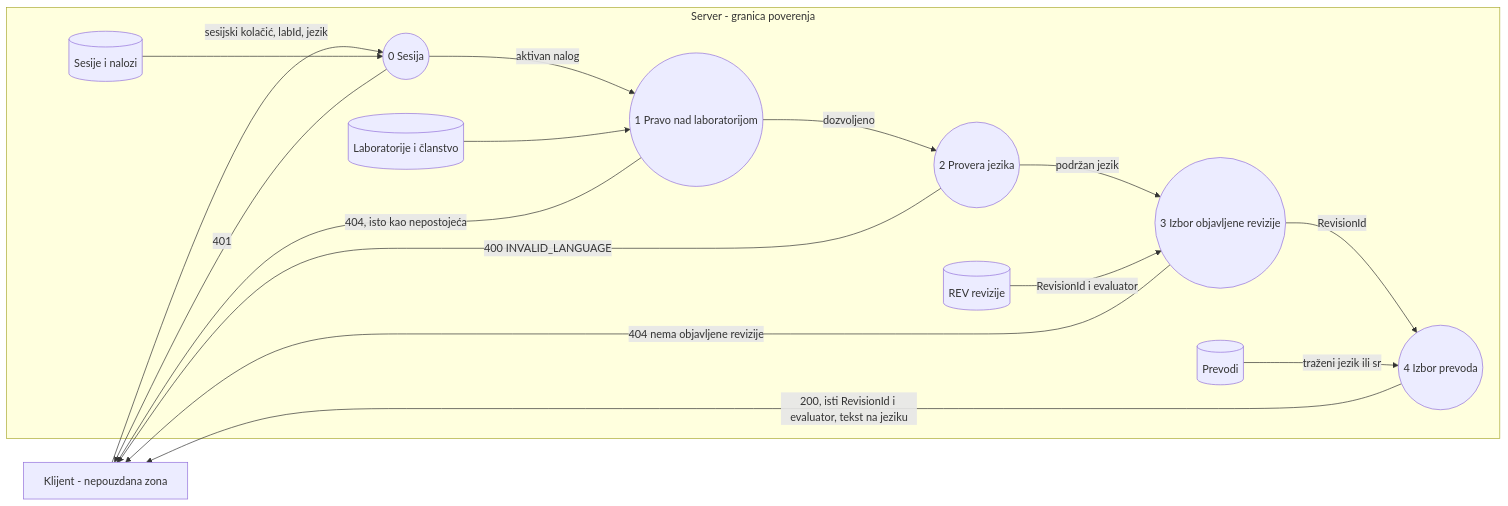
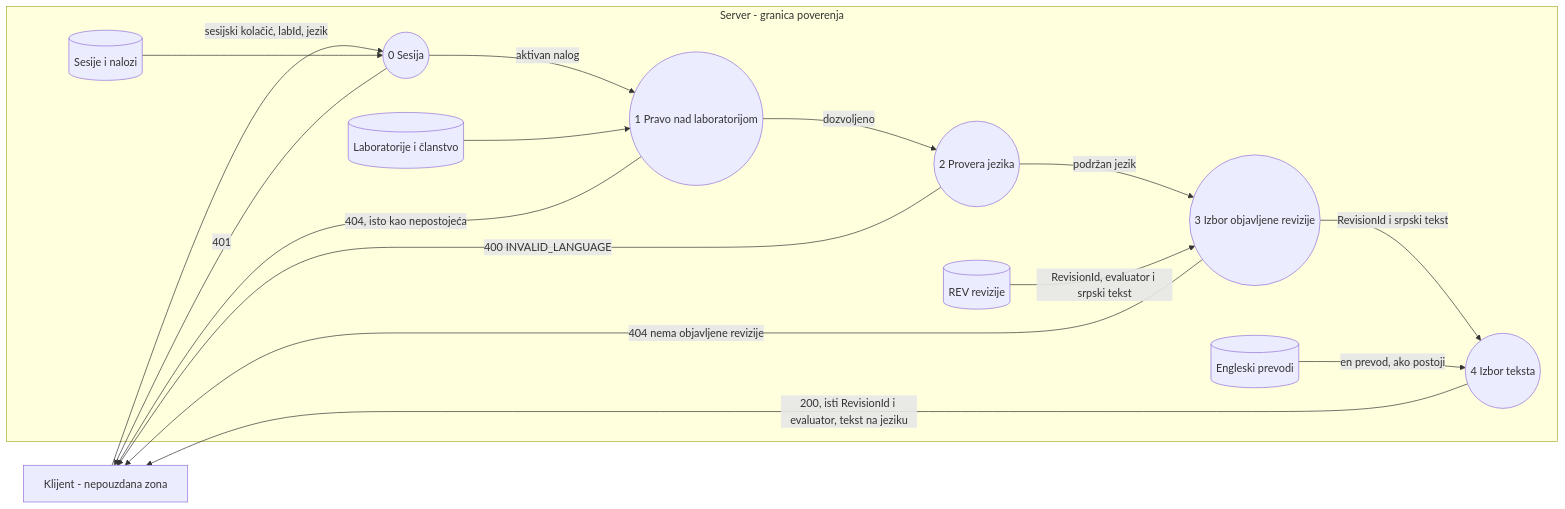
The second of 2 diagrams in docs/components/LAB-07-localization.md (djufa762x39/security-lab), drawn with Mermaid before and after one commit. The commit also changed other lines of this file and 16 other files, not shown here.

````diff
--- a/docs/components/LAB-07-localization.md
+++ b/docs/components/LAB-07-localization.md
@@ -81,19 +83,19 @@
 ```mermaid
 flowchart LR
   C["Klijent - nepouzdana zona"] -->|"sesijski kolačić, labId, jezik"| P0
   subgraph S["Server - granica poverenja"]
     P0(("0 Sesija")) -->|"aktivan nalog"| P1(("1 Pravo nad laboratorijom"))
     I[("Sesije i nalozi")] --> P0
     L[("Laboratorije i članstvo")] --> P1
     P1 -->|"dozvoljeno"| P2(("2 Provera jezika"))
     P2 -->|"podržan jezik"| P3(("3 Izbor objavljene revizije"))
-    R[("REV revizije")] -->|"RevisionId i evaluator"| P3
-    P3 -->|"RevisionId"| P4(("4 Izbor prevoda"))
-    D[("Prevodi")] -->|"traženi jezik ili sr"| P4
+    R[("REV revizije")] -->|"RevisionId, evaluator i srpski tekst"| P3
+    P3 -->|"RevisionId i srpski tekst"| P4(("4 Izbor teksta"))
+    D[("Engleski prevodi")] -->|"en prevod, ako postoji"| P4
   end
   P0 -->|"401"| C
   P1 -->|"404, isto kao nepostojeća"| C
   P2 -->|"400 INVALID_LANGUAGE"| C
   P3 -->|"404 nema objavljene revizije"| C
   P4 -->|"200, isti RevisionId i evaluator, tekst na jeziku"| C
 ```
````
